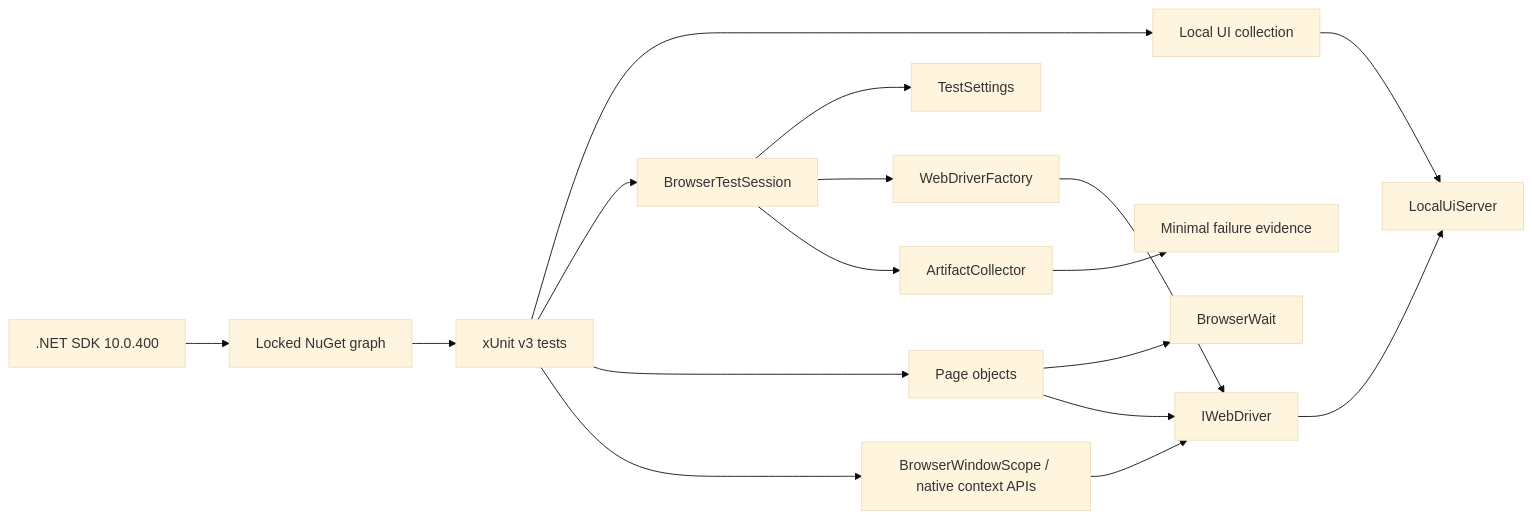
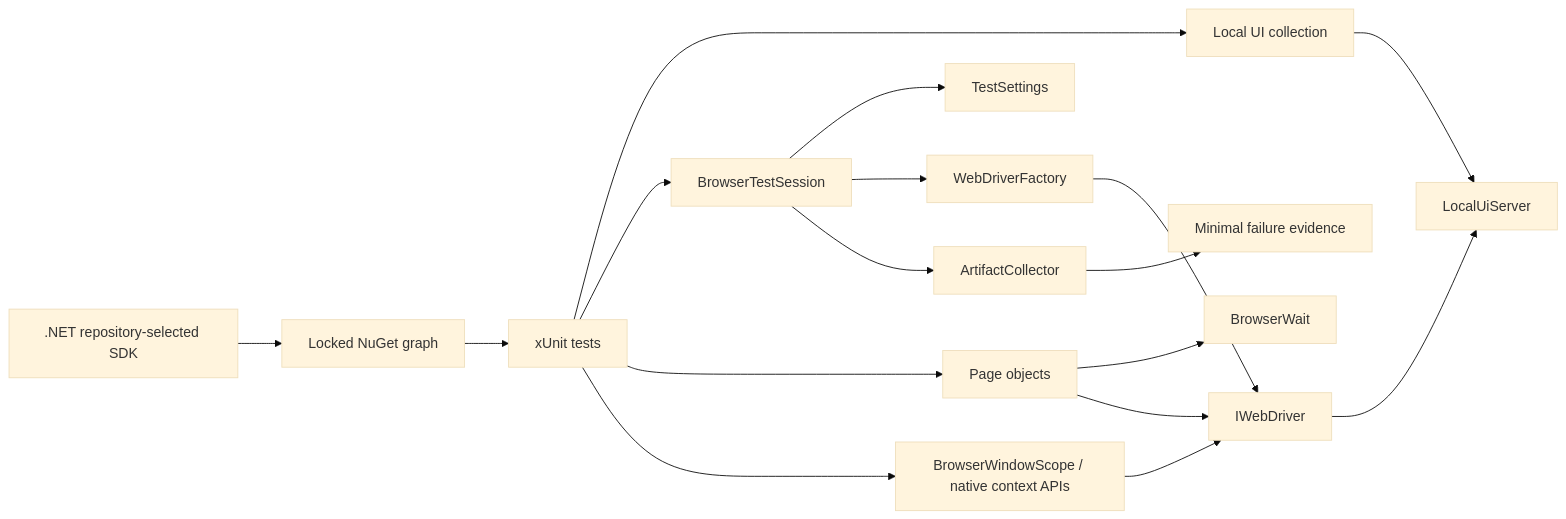
Before and after one commit to portyu9/qa-automation-dotnet-selenium: the diagram in docs/ARCHITECTURE.md, drawn with Mermaid (base theme). The commit also changed other lines of this file and 3 other files, not shown here.

````diff
--- a/docs/ARCHITECTURE.md
+++ b/docs/ARCHITECTURE.md
@@ -7,19 +7,19 @@
 ```mermaid
 flowchart LR
-    SDK[.NET SDK 10.0.400] --> LOCK[Locked NuGet graph]
-    LOCK --> TEST[xUnit v3 tests]
+    SDK[.NET repository-selected SDK] --> LOCK[Locked NuGet graph]
+    LOCK --> TEST[xUnit tests]
     TEST --> COLLECTION[Local UI collection]
     COLLECTION --> FIX[LocalUiServer]
     TEST --> SESSION[BrowserTestSession]
     SESSION --> CFG[TestSettings]
     SESSION --> FACTORY[WebDriverFactory]
     TEST --> PAGE[Page objects]
     TEST --> CONTEXT[BrowserWindowScope / native context APIs]
     PAGE --> WAIT[BrowserWait]
     PAGE --> DRIVER[IWebDriver]
     CONTEXT --> DRIVER
     FACTORY --> DRIVER
     DRIVER --> FIX
     SESSION --> ART[ArtifactCollector]
     ART --> EV[Minimal failure evidence]
 ```
````
